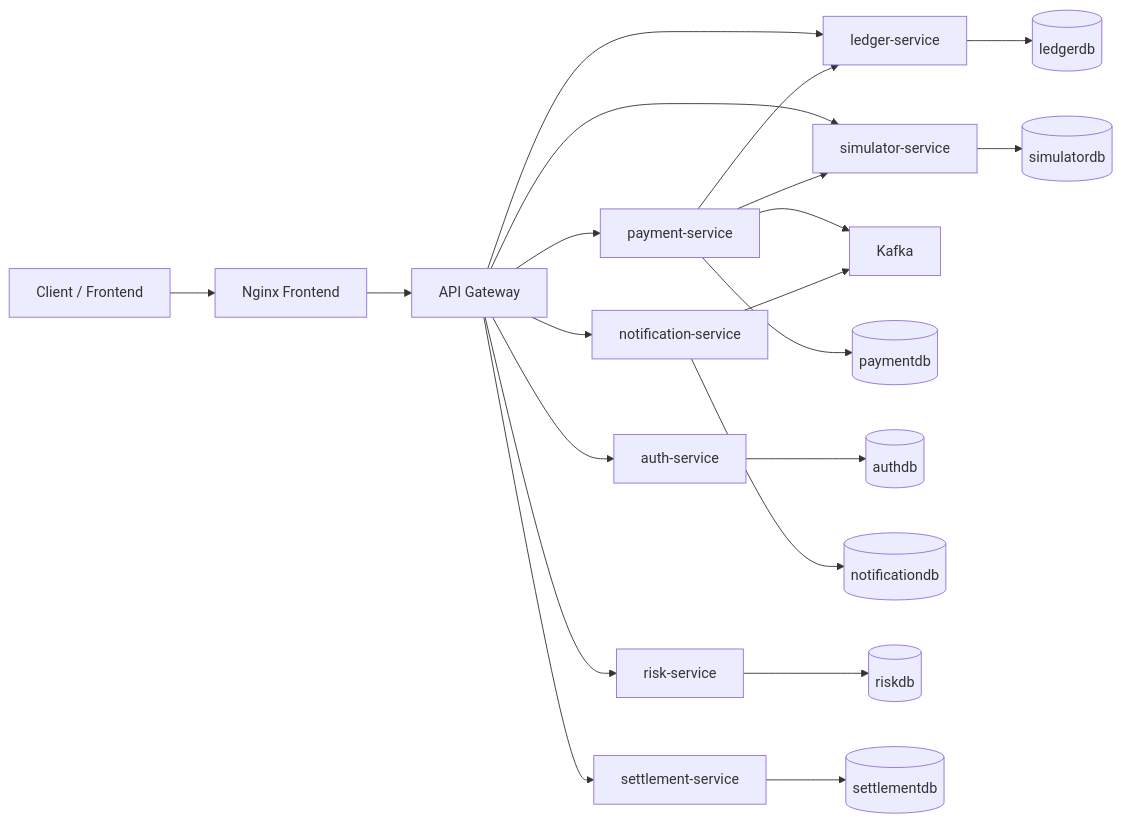
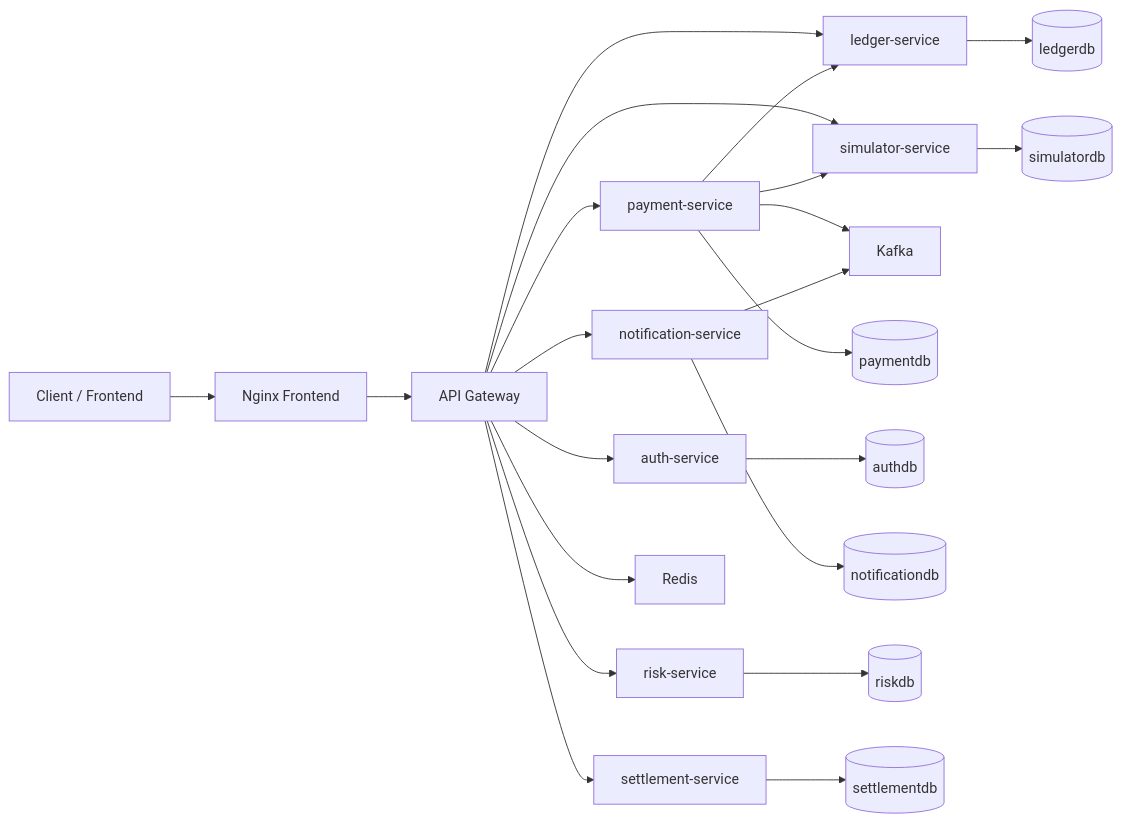
Before and after one commit to Drive10/payment-gateway: the diagram in docs/ARCHITECTURE.md, drawn with Mermaid. The commit also changed other lines of this file and 25 other files, not shown here.

````diff
--- a/docs/ARCHITECTURE.md
+++ b/docs/ARCHITECTURE.md
@@ -5,26 +7,27 @@
 ```mermaid
 flowchart LR
     Client["Client / Frontend"] --> Frontend["Nginx Frontend"]
     Frontend --> Gateway["API Gateway"]
 
     Gateway --> Payment["payment-service"]
     Gateway --> Auth["auth-service"]
     Gateway --> Ledger["ledger-service"]
     Gateway --> Notify["notification-service"]
     Gateway --> Risk["risk-service"]
     Gateway --> Settlement["settlement-service"]
     Gateway --> Simulator["simulator-service"]
 
     Payment --> Kafka["Kafka"]
+    Gateway --> Redis["Redis"]
     Payment --> Ledger
     Payment --> Simulator
     Notify --> Kafka
 
     Payment --> PayDB[("paymentdb")]
     Auth --> AuthDB[("authdb")]
     Ledger --> LedgerDB[("ledgerdb")]
     Notify --> NotifyDB[("notificationdb")]
     Risk --> RiskDB[("riskdb")]
     Settlement --> SettlementDB[("settlementdb")]
     Simulator --> SimDB[("simulatordb")]
 ```
````
